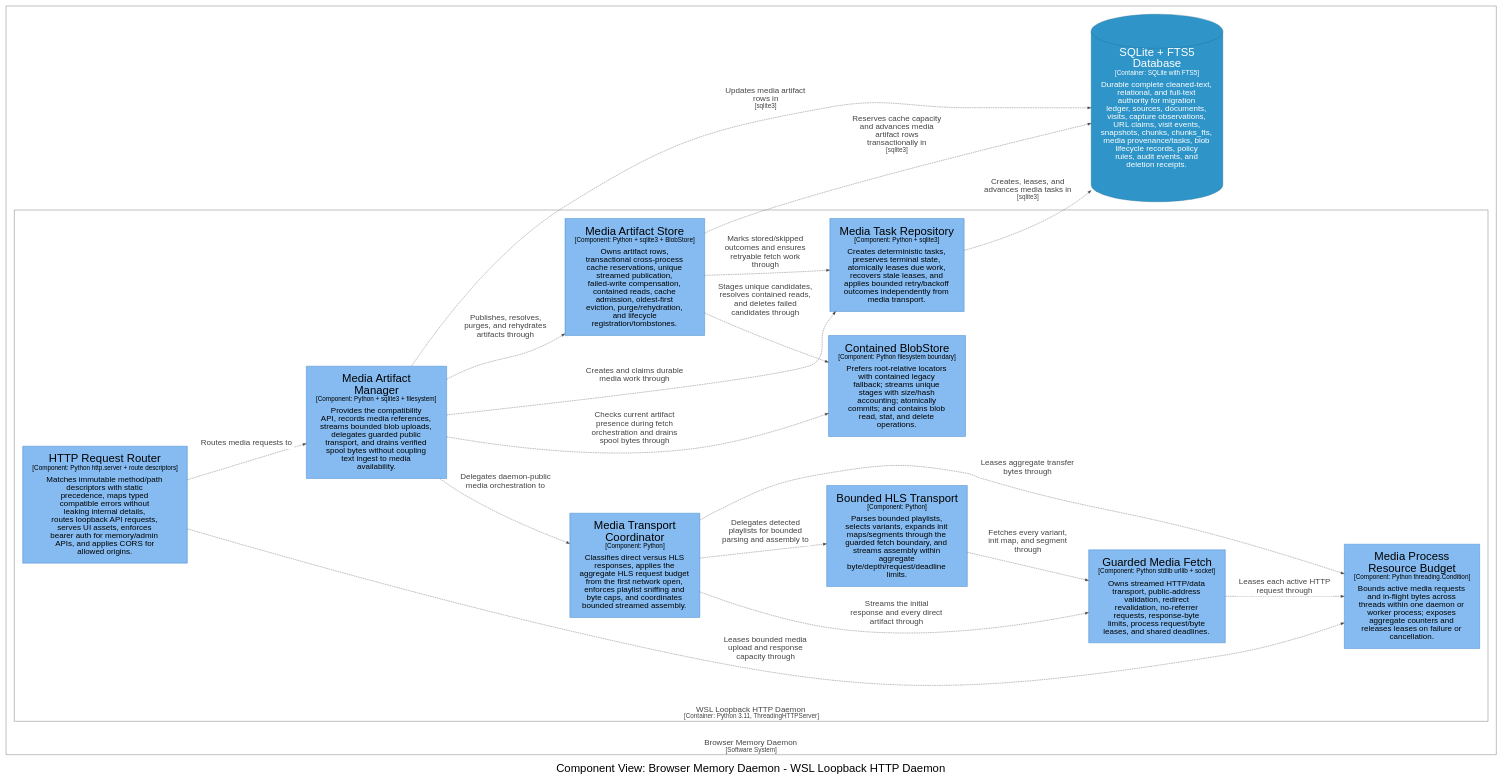
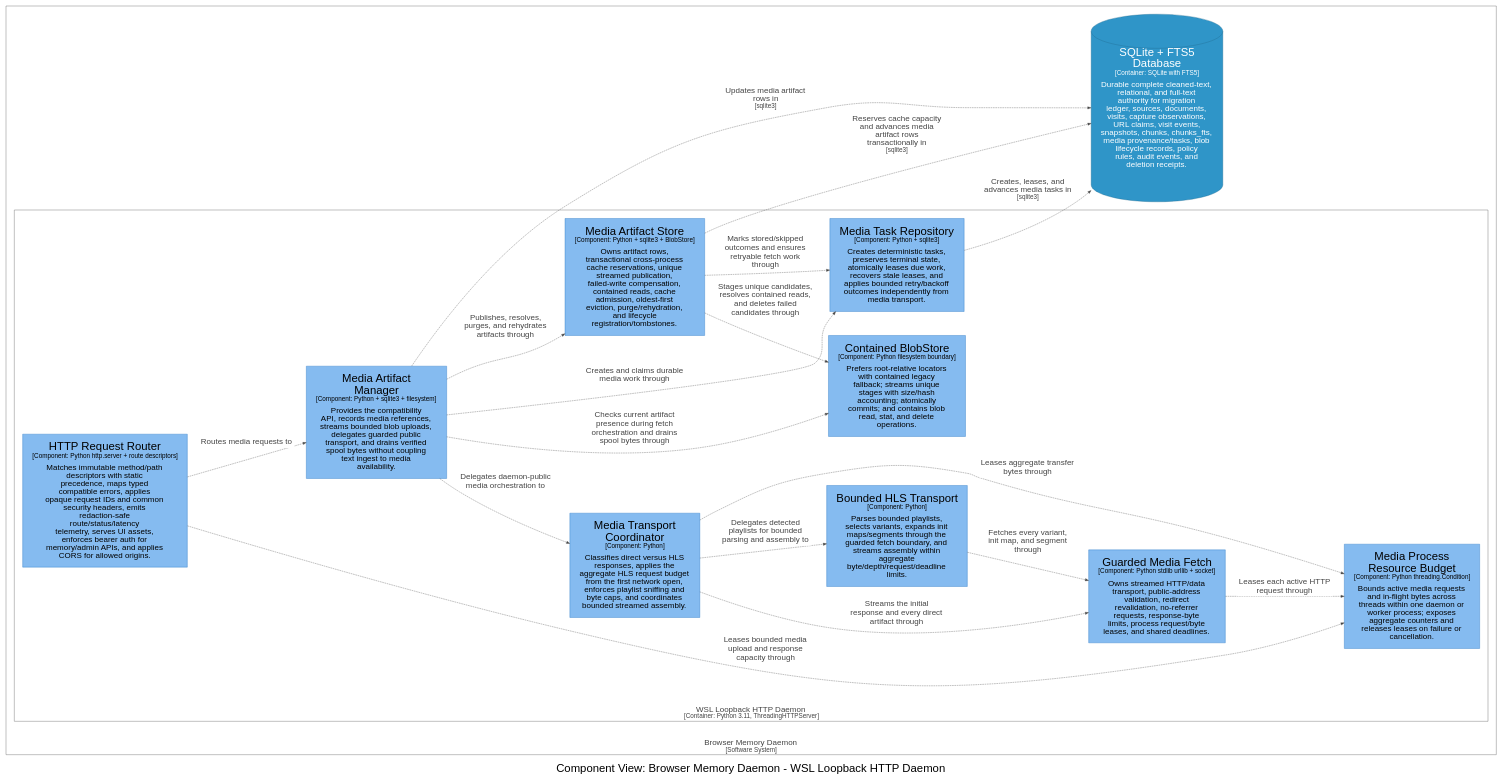
The diagram in docs/architecture/diagrams/dot/structurizr-DaemonMediaResourceComponents.dot (michaelnicks0/browser-memory-daemon), drawn with Graphviz before and after one commit. The commit also changed 94 other files, not shown here.

Commit message:
feat(http): add request IDs and security headers

```diff
--- a/docs/architecture/diagrams/dot/structurizr-DaemonMediaResourceComponents.dot
+++ b/docs/architecture/diagrams/dot/structurizr-DaemonMediaResourceComponents.dot
@@ -1,55 +1,55 @@
 digraph {
   compound=true
   graph [fontname="Arial", rankdir=LR, ranksep=1.0, nodesep=1.0]
   node [fontname="Arial", shape=box, margin="0.4,0.3"]
   edge [fontname="Arial"]
   label=<<br /><font point-size="34">Component View: Browser Memory Daemon - WSL Loopback HTTP Daemon</font>>
 
   subgraph cluster_4 {
     margin=25
     label=<<font point-size="24"><br />Browser Memory Daemon</font><br /><font point-size="19">[Software System]</font>>
     labelloc=b
     color="#444444"
     fontcolor="#444444"
     fillcolor="#444444"
 
     subgraph cluster_22 {
       margin=25
       label=<<font point-size="24"><br />WSL Loopback HTTP Daemon</font><br /><font point-size="19">[Container: Python 3.11, ThreadingHTTPServer]</font>>
       labelloc=b
       color="#444444"
       fontcolor="#444444"
       fillcolor="#444444"
 
-      23 [id=23,shape=rect, label=<<font point-size="34">HTTP Request Router</font><br /><font point-size="19">[Component: Python http.server + route descriptors]</font><br /><br /><font point-size="24">Matches immutable method/path<br />descriptors with static<br />precedence, maps typed<br />compatible errors without<br />leaking internal details,<br />routes loopback API requests,<br />serves UI assets, enforces<br />bearer auth for memory/admin<br />APIs, and applies CORS for<br />allowed origins.</font>>, style=filled, color="#1168bd", fillcolor="#85bbf0", fontcolor="#000000"]
+      23 [id=23,shape=rect, label=<<font point-size="34">HTTP Request Router</font><br /><font point-size="19">[Component: Python http.server + route descriptors]</font><br /><br /><font point-size="24">Matches immutable method/path<br />descriptors with static<br />precedence, maps typed<br />compatible errors, applies<br />opaque request IDs and common<br />security headers, emits<br />redaction-safe<br />route/status/latency<br />telemetry, serves UI assets,<br />enforces bearer auth for<br />memory/admin APIs, and applies<br />CORS for allowed origins.</font>>, style=filled, color="#1168bd", fillcolor="#85bbf0", fontcolor="#000000"]
       29 [id=29,shape=rect, label=<<font point-size="34">Media Artifact<br />Manager</font><br /><font point-size="19">[Component: Python + sqlite3 + filesystem]</font><br /><br /><font point-size="24">Provides the compatibility<br />API, records media references,<br />streams bounded blob uploads,<br />delegates guarded public<br />transport, and drains verified<br />spool bytes without coupling<br />text ingest to media<br />availability.</font>>, style=filled, color="#1168bd", fillcolor="#85bbf0", fontcolor="#000000"]
       31 [id=31,shape=rect, label=<<font point-size="34">Media Task Repository</font><br /><font point-size="19">[Component: Python + sqlite3]</font><br /><br /><font point-size="24">Creates deterministic tasks,<br />preserves terminal state,<br />atomically leases due work,<br />recovers stale leases, and<br />applies bounded retry/backoff<br />outcomes independently from<br />media transport.</font>>, style=filled, color="#1168bd", fillcolor="#85bbf0", fontcolor="#000000"]
       32 [id=32,shape=rect, label=<<font point-size="34">Media Artifact Store</font><br /><font point-size="19">[Component: Python + sqlite3 + BlobStore]</font><br /><br /><font point-size="24">Owns artifact rows,<br />transactional cross-process<br />cache reservations, unique<br />streamed publication,<br />failed-write compensation,<br />contained reads, cache<br />admission, oldest-first<br />eviction, purge/rehydration,<br />and lifecycle<br />registration/tombstones.</font>>, style=filled, color="#1168bd", fillcolor="#85bbf0", fontcolor="#000000"]
       33 [id=33,shape=rect, label=<<font point-size="34">Media Transport<br />Coordinator</font><br /><font point-size="19">[Component: Python]</font><br /><br /><font point-size="24">Classifies direct versus HLS<br />responses, applies the<br />aggregate HLS request budget<br />from the first network open,<br />enforces playlist sniffing and<br />byte caps, and coordinates<br />bounded streamed assembly.</font>>, style=filled, color="#1168bd", fillcolor="#85bbf0", fontcolor="#000000"]
       34 [id=34,shape=rect, label=<<font point-size="34">Guarded Media Fetch</font><br /><font point-size="19">[Component: Python stdlib urllib + socket]</font><br /><br /><font point-size="24">Owns streamed HTTP/data<br />transport, public-address<br />validation, redirect<br />revalidation, no-referrer<br />requests, response-byte<br />limits, process request/byte<br />leases, and shared deadlines.</font>>, style=filled, color="#1168bd", fillcolor="#85bbf0", fontcolor="#000000"]
       35 [id=35,shape=rect, label=<<font point-size="34">Bounded HLS Transport</font><br /><font point-size="19">[Component: Python]</font><br /><br /><font point-size="24">Parses bounded playlists,<br />selects variants, expands init<br />maps/segments through the<br />guarded fetch boundary, and<br />streams assembly within<br />aggregate<br />byte/depth/request/deadline<br />limits.</font>>, style=filled, color="#1168bd", fillcolor="#85bbf0", fontcolor="#000000"]
       37 [id=37,shape=rect, label=<<font point-size="34">Media Process<br />Resource Budget</font><br /><font point-size="19">[Component: Python threading.Condition]</font><br /><br /><font point-size="24">Bounds active media requests<br />and in-flight bytes across<br />threads within one daemon or<br />worker process; exposes<br />aggregate counters and<br />releases leases on failure or<br />cancellation.</font>>, style=filled, color="#1168bd", fillcolor="#85bbf0", fontcolor="#000000"]
       38 [id=38,shape=rect, label=<<font point-size="34">Contained BlobStore</font><br /><font point-size="19">[Component: Python filesystem boundary]</font><br /><br /><font point-size="24">Prefers root-relative locators<br />with contained legacy<br />fallback; streams unique<br />stages with size/hash<br />accounting; atomically<br />commits; and contains blob<br />read, stat, and delete<br />operations.</font>>, style=filled, color="#1168bd", fillcolor="#85bbf0", fontcolor="#000000"]
     }
 
     47 [id=47,shape=cylinder, label=<<font point-size="34">SQLite + FTS5<br />Database</font><br /><font point-size="19">[Container: SQLite with FTS5]</font><br /><br /><font point-size="24">Durable complete cleaned-text,<br />relational, and full-text<br />authority for migration<br />ledger, sources, documents,<br />visits, capture observations,<br />URL claims, visit events,<br />snapshots, chunks, chunks_fts,<br />media provenance/tasks, blob<br />lifecycle records, policy<br />rules, audit events, and<br />deletion receipts.</font>>, style=filled, color="#20688c", fillcolor="#2f95c8", fontcolor="#ffffff"]
   }
 
   23 -> 29 [id=118, label=<<TABLE BORDER="0" CELLBORDER="0" CELLSPACING="0" CELLPADDING="4" BGCOLOR="white"><TR><TD><font point-size="24">Routes media requests to</font></TD></TR></TABLE>>, style="dashed", color="#444444", fontcolor="#444444"]
   23 -> 37 [id=119, label=<<TABLE BORDER="0" CELLBORDER="0" CELLSPACING="0" CELLPADDING="4" BGCOLOR="white"><TR><TD><font point-size="24">Leases bounded media<br />upload and response<br />capacity through</font></TD></TR></TABLE>>, style="dashed", color="#444444", fontcolor="#444444"]
   29 -> 31 [id=128, label=<<TABLE BORDER="0" CELLBORDER="0" CELLSPACING="0" CELLPADDING="4" BGCOLOR="white"><TR><TD><font point-size="24">Creates and claims durable<br />media work through</font></TD></TR></TABLE>>, style="dashed", color="#444444", fontcolor="#444444"]
   29 -> 32 [id=129, label=<<TABLE BORDER="0" CELLBORDER="0" CELLSPACING="0" CELLPADDING="4" BGCOLOR="white"><TR><TD><font point-size="24">Publishes, resolves,<br />purges, and rehydrates<br />artifacts through</font></TD></TR></TABLE>>, style="dashed", color="#444444", fontcolor="#444444"]
   29 -> 33 [id=130, label=<<TABLE BORDER="0" CELLBORDER="0" CELLSPACING="0" CELLPADDING="4" BGCOLOR="white"><TR><TD><font point-size="24">Delegates daemon-public<br />media orchestration to</font></TD></TR></TABLE>>, style="dashed", color="#444444", fontcolor="#444444"]
   29 -> 47 [id=131, label=<<TABLE BORDER="0" CELLBORDER="0" CELLSPACING="0" CELLPADDING="4" BGCOLOR="white"><TR><TD><font point-size="24">Updates media artifact<br />rows in</font><br /><font point-size="19">[sqlite3]</font></TD></TR></TABLE>>, style="dashed", color="#444444", fontcolor="#444444"]
   31 -> 47 [id=133, label=<<TABLE BORDER="0" CELLBORDER="0" CELLSPACING="0" CELLPADDING="4" BGCOLOR="white"><TR><TD><font point-size="24">Creates, leases, and<br />advances media tasks in</font><br /><font point-size="19">[sqlite3]</font></TD></TR></TABLE>>, style="dashed", color="#444444", fontcolor="#444444"]
   32 -> 31 [id=135, label=<<TABLE BORDER="0" CELLBORDER="0" CELLSPACING="0" CELLPADDING="4" BGCOLOR="white"><TR><TD><font point-size="24">Marks stored/skipped<br />outcomes and ensures<br />retryable fetch work<br />through</font></TD></TR></TABLE>>, style="dashed", color="#444444", fontcolor="#444444"]
   32 -> 47 [id=136, label=<<TABLE BORDER="0" CELLBORDER="0" CELLSPACING="0" CELLPADDING="4" BGCOLOR="white"><TR><TD><font point-size="24">Reserves cache capacity<br />and advances media<br />artifact rows<br />transactionally in</font><br /><font point-size="19">[sqlite3]</font></TD></TR></TABLE>>, style="dashed", color="#444444", fontcolor="#444444"]
   32 -> 38 [id=137, label=<<TABLE BORDER="0" CELLBORDER="0" CELLSPACING="0" CELLPADDING="4" BGCOLOR="white"><TR><TD><font point-size="24">Stages unique candidates,<br />resolves contained reads,<br />and deletes failed<br />candidates through</font></TD></TR></TABLE>>, style="dashed", color="#444444", fontcolor="#444444"]
   33 -> 34 [id=139, label=<<TABLE BORDER="0" CELLBORDER="0" CELLSPACING="0" CELLPADDING="4" BGCOLOR="white"><TR><TD><font point-size="24">Streams the initial<br />response and every direct<br />artifact through</font></TD></TR></TABLE>>, style="dashed", color="#444444", fontcolor="#444444"]
   33 -> 35 [id=140, label=<<TABLE BORDER="0" CELLBORDER="0" CELLSPACING="0" CELLPADDING="4" BGCOLOR="white"><TR><TD><font point-size="24">Delegates detected<br />playlists for bounded<br />parsing and assembly to</font></TD></TR></TABLE>>, style="dashed", color="#444444", fontcolor="#444444"]
   33 -> 37 [id=141, label=<<TABLE BORDER="0" CELLBORDER="0" CELLSPACING="0" CELLPADDING="4" BGCOLOR="white"><TR><TD><font point-size="24">Leases aggregate transfer<br />bytes through</font></TD></TR></TABLE>>, style="dashed", color="#444444", fontcolor="#444444"]
   34 -> 37 [id=142, label=<<TABLE BORDER="0" CELLBORDER="0" CELLSPACING="0" CELLPADDING="4" BGCOLOR="white"><TR><TD><font point-size="24">Leases each active HTTP<br />request through</font></TD></TR></TABLE>>, style="dashed", color="#444444", fontcolor="#444444"]
   35 -> 34 [id=145, label=<<TABLE BORDER="0" CELLBORDER="0" CELLSPACING="0" CELLPADDING="4" BGCOLOR="white"><TR><TD><font point-size="24">Fetches every variant,<br />init map, and segment<br />through</font></TD></TR></TABLE>>, style="dashed", color="#444444", fontcolor="#444444"]
   29 -> 38 [id=148, label=<<TABLE BORDER="0" CELLBORDER="0" CELLSPACING="0" CELLPADDING="4" BGCOLOR="white"><TR><TD><font point-size="24">Checks current artifact<br />presence during fetch<br />orchestration and drains<br />spool bytes through</font></TD></TR></TABLE>>, style="dashed", color="#444444", fontcolor="#444444"]
 
 }
```
